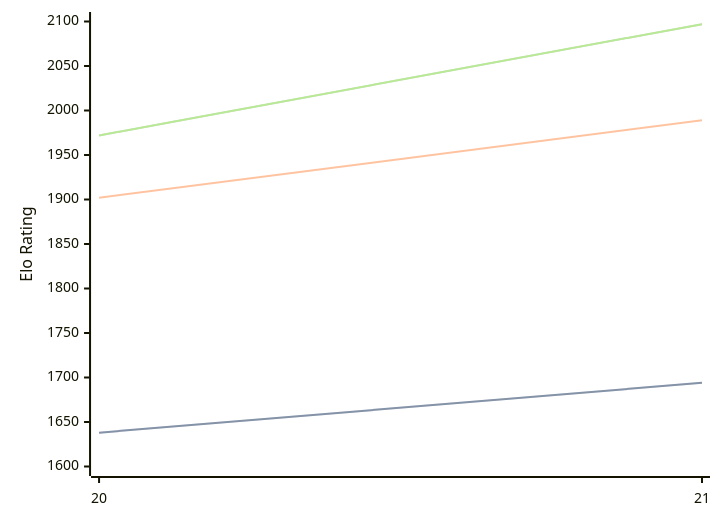
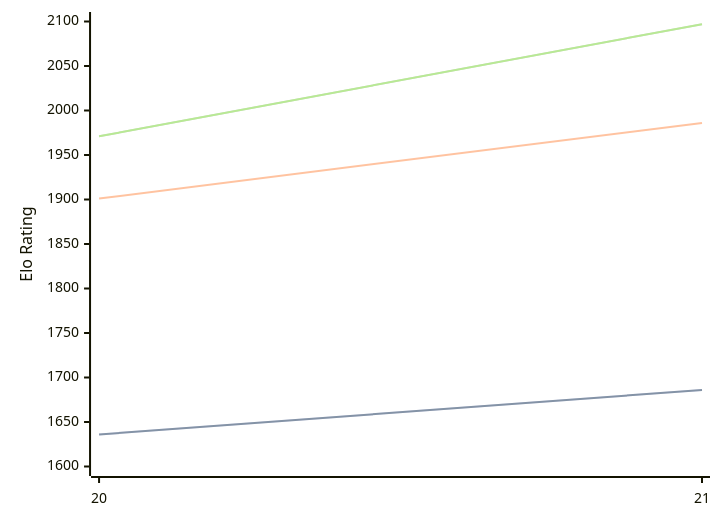
The diagram in engines/PurplePanda.md (computer-chess-index/cci), drawn with Mermaid before and after one commit. The commit also changed other lines of this file, not shown here.

Commit message:
Update CCI Ratings (ELO VLTC) - 2026-07-27

````diff
--- a/engines/PurplePanda.md
+++ b/engines/PurplePanda.md
@@ -40,11 +40,11 @@
 ```mermaid
 %%{init: {"theme":"base","themeVariables":{"seriesColors:['#a3a3a3','#222221','#faa371']}}}%%
 xychart-beta
   x-axis ["20", "21"]
   y-axis "Elo Rating" 1600 --> 2100
-  line "STC (8.0+0.08s)" [1638, 1694]
-  line "STC (8.0+0.08s)" [1638, 1694]
-  line "LTC (60.0+0.60s)" [1902, 1989]
-  line "VLTC (2m24s+1.12s)" [1972, 2097]
-  line "VLTC (2m24s+1.12s)" [1972, 2097]
+  line "STC (8.0+0.08s)" [1636, 1686]
+  line "STC (8.0+0.08s)" [1636, 1686]
+  line "LTC (60.0+0.60s)" [1901, 1986]
+  line "VLTC (2m24s+1.12s)" [1971, 2097]
+  line "VLTC (2m24s+1.12s)" [1971, 2097]
 ```
````
